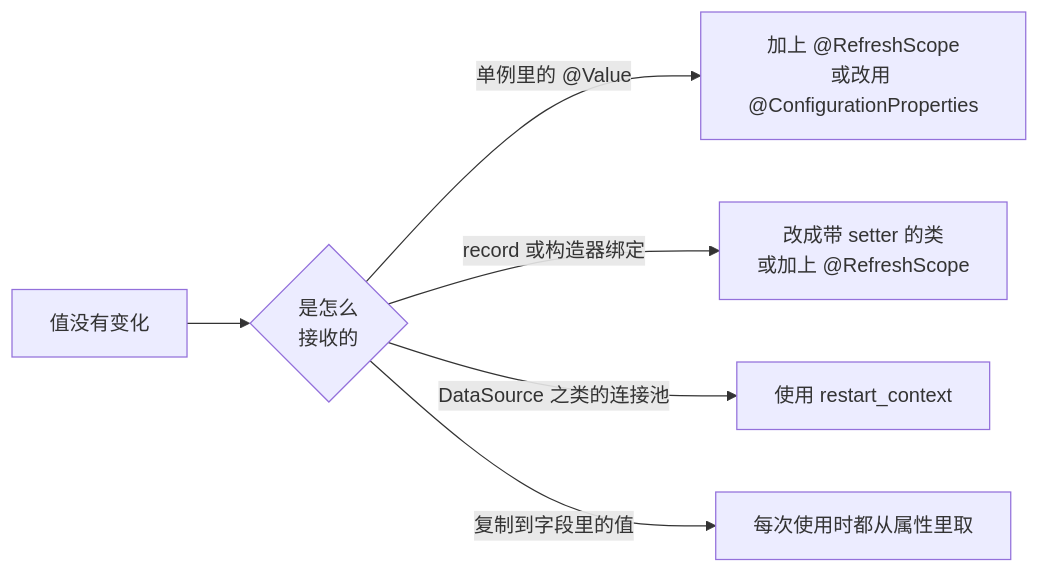
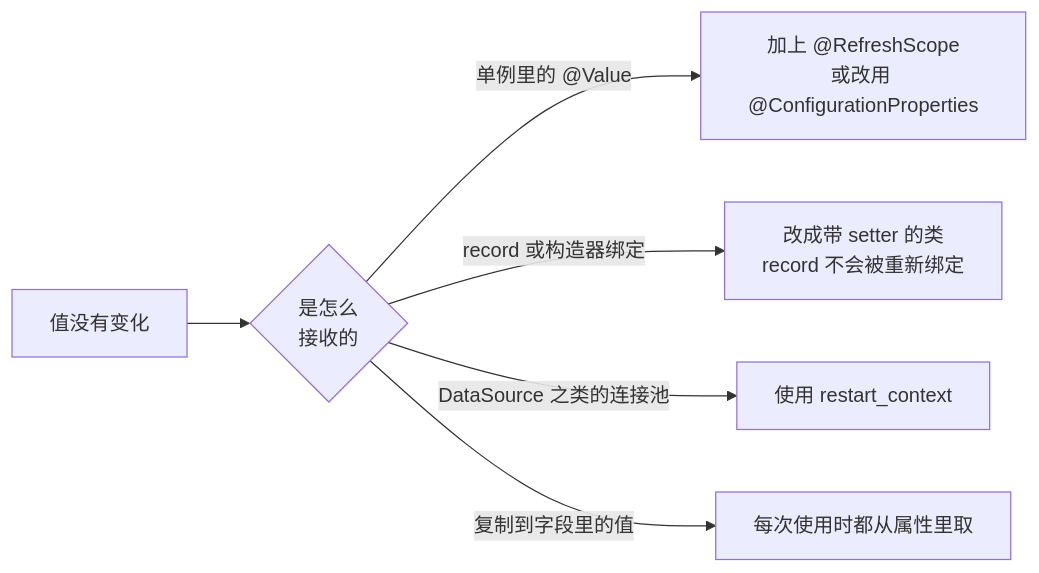
Before and after one commit to iinow/iinow.github.io: the seventh of 8 diagrams in _posts/2026-11-28-spring-aws-secrets-manager-reload-zh.md, drawn with Mermaid. The commit also changed other lines of this file and 11 other files, not shown here.

````diff
--- a/_posts/2026-11-28-spring-aws-secrets-manager-reload-zh.md
+++ b/_posts/2026-11-28-spring-aws-secrets-manager-reload-zh.md
@@ -222,8 +224,8 @@
 ```mermaid
 flowchart LR
   A["值没有变化"] --> B{"是怎么<br/>接收的"}
   B -->|"单例里的 @Value"| C["加上 @RefreshScope<br/>或改用 @ConfigurationProperties"]
-  B -->|"record 或构造器绑定"| D["改成带 setter 的类<br/>或加上 @RefreshScope"]
+  B -->|"record 或构造器绑定"| D["改成带 setter 的类<br/>record 不会被重新绑定"]
   B -->|"DataSource 之类的连接池"| E["使用 restart_context"]
   B -->|"复制到字段里的值"| F["每次使用时都从属性里取"]
 ```
````
